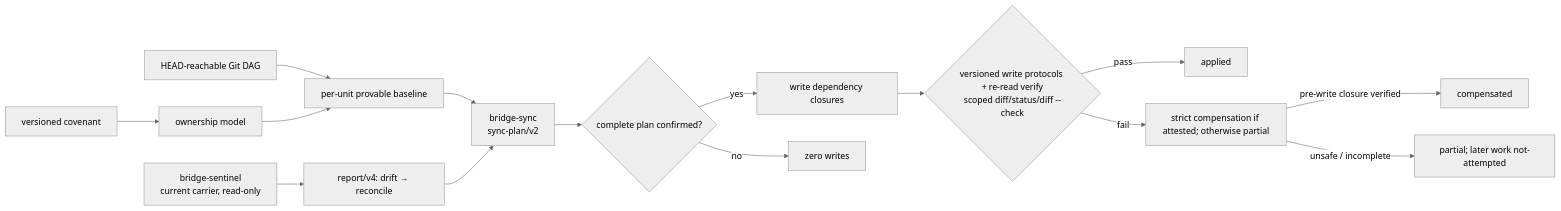
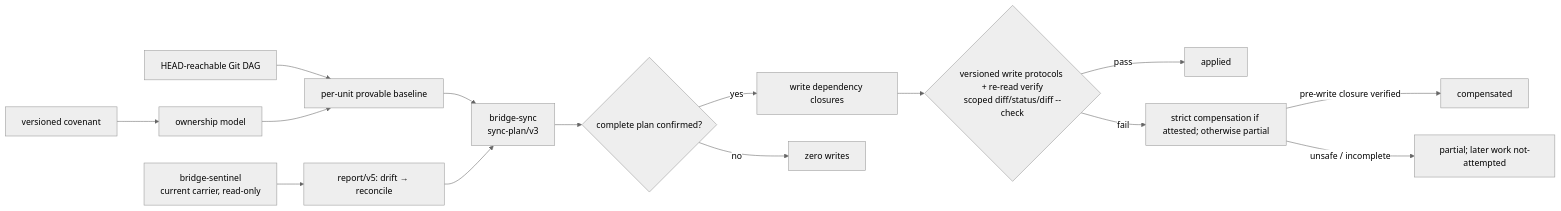
The diagram in docs/architecture/overview.md (sesamehut/agent-config-bridge), drawn with Mermaid (neutral theme) before and after one commit. The commit also changed other lines of this file and 84 other files, not shown here.

````diff
--- a/docs/architecture/overview.md
+++ b/docs/architecture/overview.md
@@ -21,17 +21,17 @@
 ```mermaid
 flowchart LR
   C["versioned covenant"] --> O["ownership model"]
-  S["bridge-sentinel\ncurrent carrier, read-only"] --> R["report/v4: drift → reconcile"]
+  S["bridge-sentinel\ncurrent carrier, read-only"] --> R["report/v5: drift → reconcile"]
   G["HEAD-reachable Git DAG"] --> B["per-unit provable baseline"]
   O --> B
-  B --> W["bridge-sync\nsync-plan/v2"]
+  B --> W["bridge-sync\nsync-plan/v3"]
   R --> W
   W --> Q{"complete plan confirmed?"}
   Q -->|yes| X["write dependency closures"]
   Q -->|no| N["zero writes"]
   X --> V{"versioned write protocols + re-read verify\nscoped diff/status/diff --check"}
   V -->|pass| A["applied"]
   V -->|fail| FC["strict compensation if attested; otherwise partial"]
   FC -->|pre-write closure verified| K["compensated"]
   FC -->|unsafe / incomplete| P["partial; later work not-attempted"]
 ```
````
